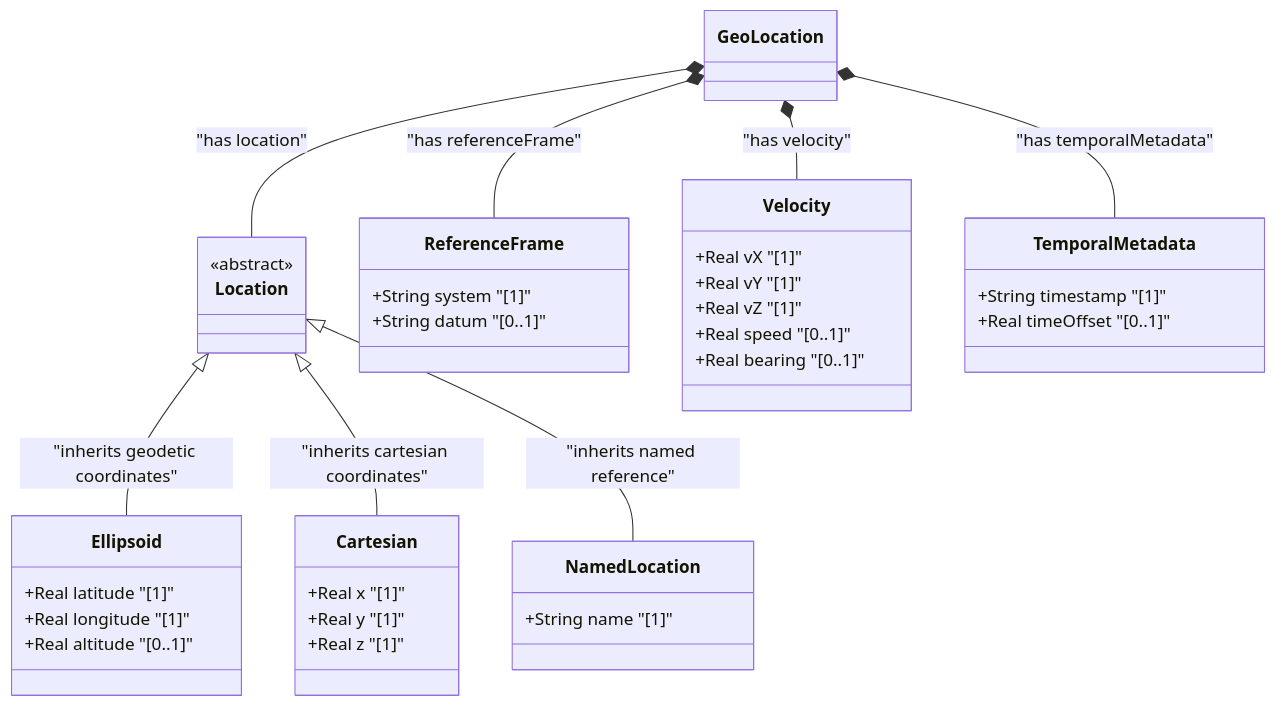
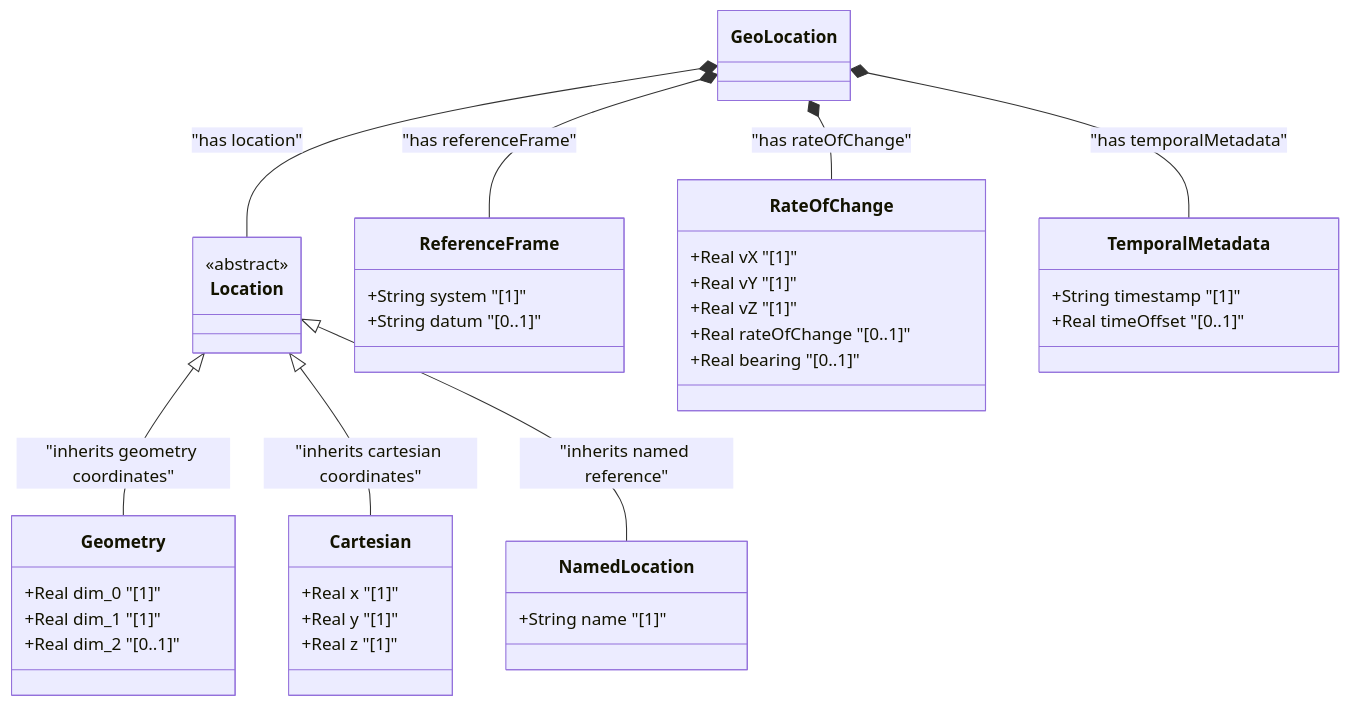
Before and after one commit to gintatkinson/digital-pipeline-repo: the diagram in docs/requirements/dynamic-geolocation-motion-blueprint.md, drawn with Mermaid. The commit also changed other lines of this file and 36 other files, not shown here.

````diff
--- a/docs/requirements/dynamic-geolocation-motion-blueprint.md
+++ b/docs/requirements/dynamic-geolocation-motion-blueprint.md
@@ -20,45 +20,45 @@
 ```mermaid
 classDiagram
     class GeoLocation {
     }
     class Location {
         <<abstract>>
     }
-    class Ellipsoid {
-        +Real latitude "[1]"
-        +Real longitude "[1]"
-        +Real altitude "[0..1]"
+    class Geometry {
+        +Real dim_0 "[1]"
+        +Real dim_1 "[1]"
+        +Real dim_2 "[0..1]"
     }
     class Cartesian {
         +Real x "[1]"
         +Real y "[1]"
         +Real z "[1]"
     }
     class NamedLocation {
         +String name "[1]"
     }
     class ReferenceFrame {
         +String system "[1]"
         +String datum "[0..1]"
     }
-    class Velocity {
+    class RateOfChange {
         +Real vX "[1]"
         +Real vY "[1]"
         +Real vZ "[1]"
-        +Real speed "[0..1]"
+        +Real rateOfChange "[0..1]"
         +Real bearing "[0..1]"
     }
     class TemporalMetadata {
         +String timestamp "[1]"
         +Real timeOffset "[0..1]"
     }
 
     GeoLocation *-- Location : "has location"
     GeoLocation *-- ReferenceFrame : "has referenceFrame"
-    GeoLocation *-- Velocity : "has velocity"
+    GeoLocation *-- RateOfChange : "has rateOfChange"
     GeoLocation *-- TemporalMetadata : "has temporalMetadata"
 
-    Location <|-- Ellipsoid : "inherits geodetic coordinates"
+    Location <|-- Geometry : "inherits geometry coordinates"
     Location <|-- Cartesian : "inherits cartesian coordinates"
     Location <|-- NamedLocation : "inherits named reference"
 ```
````
